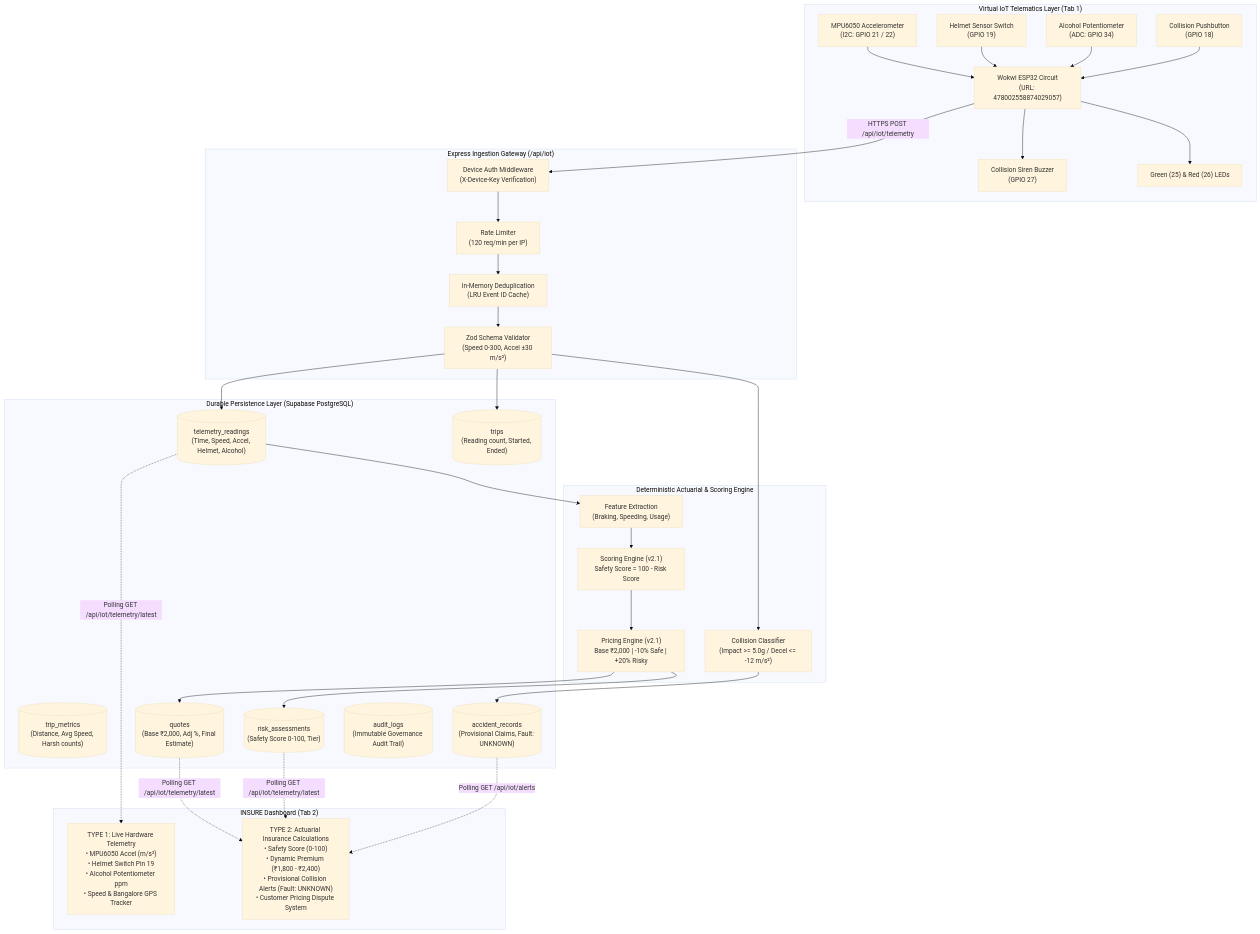
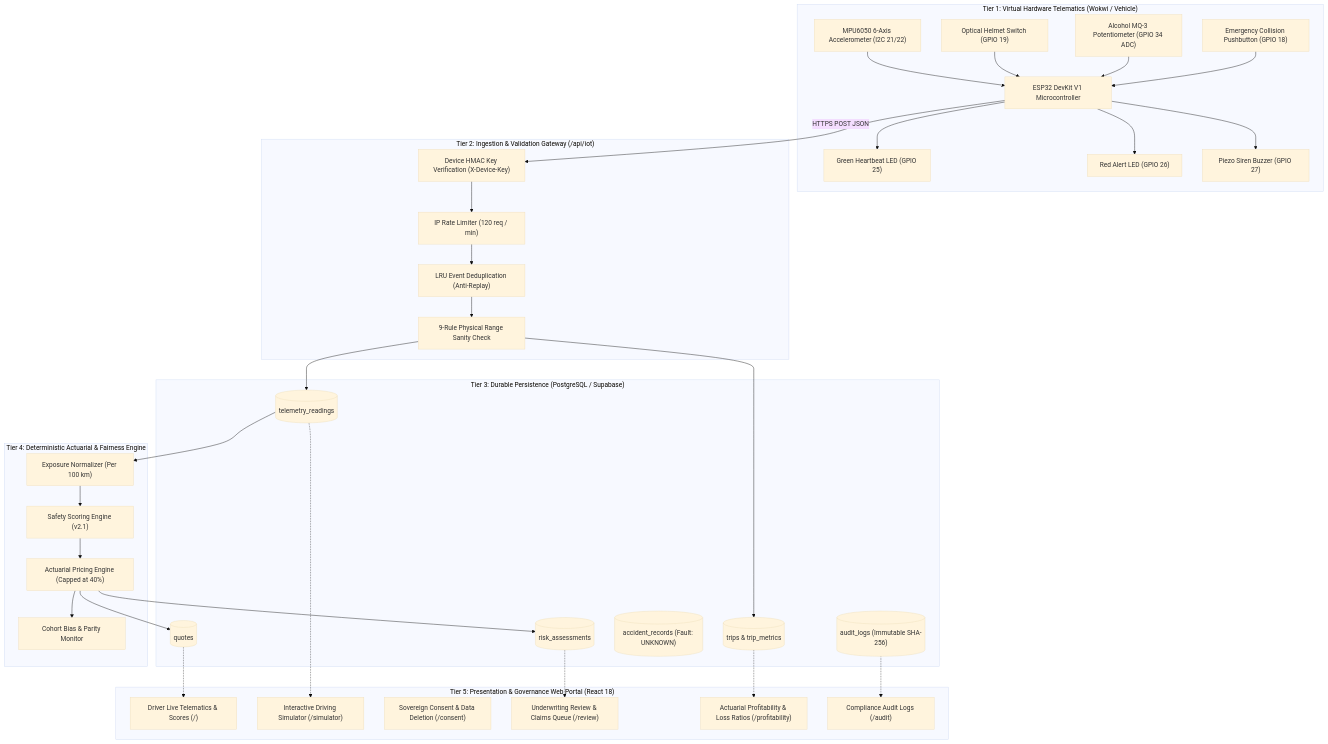
One commit to Tharun4743/insurevsb changed the first of 2 diagrams in README.md. Above: the diagram before and after it, drawn with Mermaid (base theme). The commit also changed other lines of this file and 4 other files, not shown here.

````diff
--- a/README.md
+++ b/README.md
@@ -59,69 +75,74 @@
 ```mermaid
 graph TD
-    subgraph IoTLayer ["Virtual IoT Telematics Layer (Tab 1)"]
-        Wokwi["Wokwi ESP32 Circuit<br/>(URL: 478002558874029057)"]
-        MPU["MPU6050 Accelerometer<br/>(I2C: GPIO 21 / 22)"]
-        Switch["Helmet Sensor Switch<br/>(GPIO 19)"]
-        Pot["Alcohol Potentiometer<br/>(ADC: GPIO 34)"]
-        Btn["Collision Pushbutton<br/>(GPIO 18)"]
-        Buzzer["Collision Siren Buzzer<br/>(GPIO 27)"]
-        LEDs["Green (25) & Red (26) LEDs"]
+    subgraph Tier1 ["Tier 1: Virtual Hardware Telematics (Wokwi / Vehicle)"]
+        ESP32["ESP32 DevKit V1 Microcontroller"]
+        MPU["MPU6050 6-Axis Accelerometer (I2C 21/22)"]
+        HelmetSwitch["Optical Helmet Switch (GPIO 19)"]
+        AlcoholPot["Alcohol MQ-3 Potentiometer (GPIO 34 ADC)"]
+        CollisionBtn["Emergency Collision Pushbutton (GPIO 18)"]
+        GreenLED["Green Heartbeat LED (GPIO 25)"]
+        RedLED["Red Alert LED (GPIO 26)"]
+        Buzzer["Piezo Siren Buzzer (GPIO 27)"]
 
-        MPU --> Wokwi
-        Switch --> Wokwi
-        Pot --> Wokwi
-        Btn --> Wokwi
-        Wokwi --> Buzzer
-        Wokwi --> LEDs
+        MPU --> ESP32
+        HelmetSwitch --> ESP32
+        AlcoholPot --> ESP32
+        CollisionBtn --> ESP32
+        ESP32 --> GreenLED
+        ESP32 --> RedLED
+        ESP32 --> Buzzer
     end
 
-    subgraph IngestionGateway ["Express Ingestion Gateway (/api/iot)"]
-        AuthMid["Device Auth Middleware<br/>(X-Device-Key Verification)"]
-        RateLimiter["Rate Limiter<br/>(120 req/min per IP)"]
-        Dedupe["In-Memory Deduplication<br/>(LRU Event ID Cache)"]
-        ZodVal["Zod Schema Validator<br/>(Speed 0-300, Accel ±30 m/s²)"]
+    subgraph Tier2 ["Tier 2: Ingestion & Validation Gateway (/api/iot)"]
+        AuthMid["Device HMAC Key Verification (X-Device-Key)"]
+        RateLimiter["IP Rate Limiter (120 req / min)"]
+        Deduplicator["LRU Event Deduplication (Anti-Replay)"]
+        ZodValidator["9-Rule Physical Range Sanity Check"]
 
-        Wokwi -->|HTTPS POST /api/iot/telemetry| AuthMid
+        ESP32 -->|HTTPS POST JSON| AuthMid
         AuthMid --> RateLimiter
-        RateLimiter --> Dedupe
-        Dedupe --> ZodVal
+        RateLimiter --> Deduplicator
+        Deduplicator --> ZodValidator
     end
 
-    subgraph StorageLayer ["Durable Persistence Layer (Supabase PostgreSQL)"]
-        T_Readings[("telemetry_readings<br/>(Time, Speed, Accel, Helmet, Alcohol)")]
-        T_Trips[("trips<br/>(Reading count, Started, Ended)")]
-        T_Metrics[("trip_metrics<br/>(Distance, Avg Speed, Harsh counts)")]
-        T_Assessments[("risk_assessments<br/>(Safety Score 0-100, Tier)")]
-        T_Quotes[("quotes<br/>(Base ₹2,000, Adj %, Final Estimate)")]
-        T_Accidents[("accident_records<br/>(Provisional Claims, Fault: UNKNOWN)")]
-        T_Audit[("audit_logs<br/>(Immutable Governance Audit Trail)")]
+    subgraph Tier3 ["Tier 3: Durable Persistence (PostgreSQL / Supabase)"]
+        T_Readings[("telemetry_readings")]
+        T_Trips[("trips & trip_metrics")]
+        T_Assessments[("risk_assessments")]
+        T_Quotes[("quotes")]
+        T_Accidents[("accident_records (Fault: UNKNOWN)")]
+        T_Audit[("audit_logs (Immutable SHA-256)")]
 
-        ZodVal --> T_Readings
-        ZodVal --> T_Trips
+        ZodValidator --> T_Readings
+        ZodValidator --> T_Trips
     end
 
-    subgraph ActuarialEngine ["Deterministic Actuarial & Scoring Engine"]
-        FeatureExtractor["Feature Extraction<br/>(Braking, Speeding, Usage)"]
-        ScoringService["Scoring Engine (v2.1)<br/>Safety Score = 100 - Risk Score"]
-        PricingService["Pricing Engine (v2.1)<br/>Base ₹2,000 | -10% Safe | +20% Risky"]
-        CollisionClassifier["Collision Classifier<br/>(Impact >= 5.0g / Decel <= -12 m/s²)"]
+    subgraph Tier4 ["Tier 4: Deterministic Actuarial & Fairness Engine"]
+        FeatureExtractor["Exposure Normalizer (Per 100 km)"]
+        ScoringService["Safety Scoring Engine (v2.1)"]
+        PricingService["Actuarial Pricing Engine (Capped at 40%)"]
+        FairnessMonitor["Cohort Bias & Parity Monitor"]
 
         T_Readings --> FeatureExtractor
         FeatureExtractor --> ScoringService
         ScoringService --> PricingService
         PricingService --> T_Assessments
         PricingService --> T_Quotes
-        ZodVal --> CollisionClassifier
-        CollisionClassifier --> T_Accidents
+        PricingService --> FairnessMonitor
     end
 
-    subgraph PresentationLayer ["INSURE Dashboard (Tab 2)"]
-        Type1_UI["TYPE 1: Live Hardware Telemetry<br/>• MPU6050 Accel (m/s²)<br/>• Helmet Switch Pin 19<br/>• Alcohol Potentiometer ppm<br/>• Speed & Bangalore GPS Tracker"]
-        Type2_UI["TYPE 2: Actuarial Insurance Calculations<br/>• Safety Score (0-100)<br/>• Dynamic Premium (₹1,800 - ₹2,400)<br/>• Provisional Collision Alerts (Fault: UNKNOWN)<br/>• Customer Pricing Dispute System"]
+    subgraph Tier5 ["Tier 5: Presentation & Governance Web Portal (React 18)"]
+        DashboardUI["Driver Live Telematics & Scores (/)"]
+        SimulatorUI["Interactive Driving Simulator (/simulator)"]
+        ConsentUI["Sovereign Consent & Data Deletion (/consent)"]
+        ReviewUI["Underwriting Review & Claims Queue (/review)"]
+        PortfolioUI["Actuarial Profitability & Loss Ratios (/profitability)"]
+        AuditUI["Compliance Audit Logs (/audit)"]
 
-        T_Readings -.->|Polling GET /api/iot/telemetry/latest| Type1_UI
-        T_Quotes -.->|Polling GET /api/iot/telemetry/latest| Type2_UI
-        T_Assessments -.->|Polling GET /api/iot/telemetry/latest| Type2_UI
-        T_Accidents -.->|Polling GET /api/iot/alerts| Type2_UI
+        T_Quotes -.-> DashboardUI
+        T_Readings -.-> SimulatorUI
+        T_Assessments -.-> ReviewUI
+        T_Trips -.-> PortfolioUI
+        T_Audit -.-> AuditUI
     end
 ```
````
